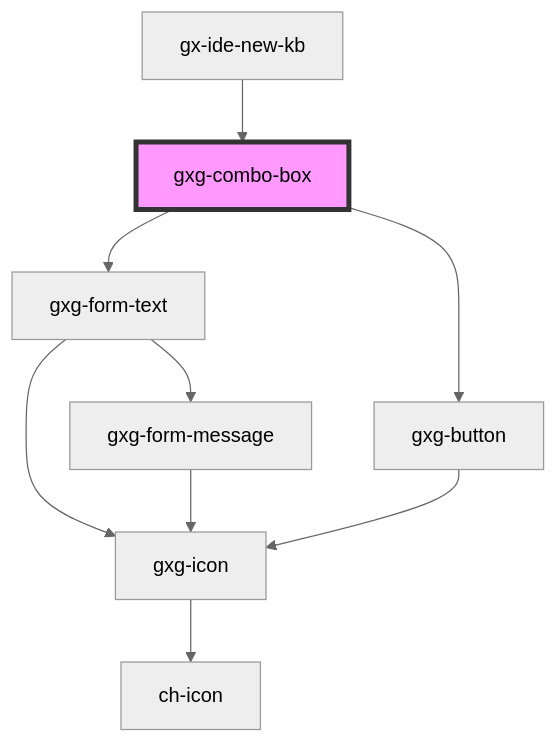
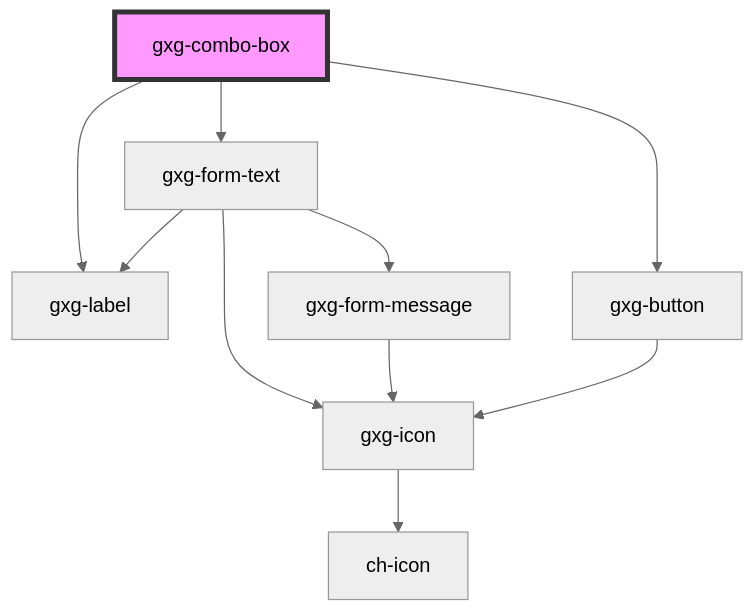
The diagram in src/components/combo-box/readme.md (genexuslabs/gemini), drawn with Mermaid (neutral theme) before and after one commit. The commit also changed other lines of this file and 59 other files, not shown here.

Commit message:
update "label" with "gxg-label"

````diff
--- a/src/components/combo-box/readme.md
+++ b/src/components/combo-box/readme.md
@@ -81,12 +78,13 @@
 ```mermaid
 graph TD;
+  gxg-combo-box --> gxg-label
   gxg-combo-box --> gxg-form-text
   gxg-combo-box --> gxg-button
   gxg-form-text --> gxg-icon
+  gxg-form-text --> gxg-label
   gxg-form-text --> gxg-form-message
   gxg-icon --> ch-icon
   gxg-form-message --> gxg-icon
   gxg-button --> gxg-icon
-  gx-ide-new-kb --> gxg-combo-box
   style gxg-combo-box fill:#f9f,stroke:#333,stroke-width:4px
 ```
````
